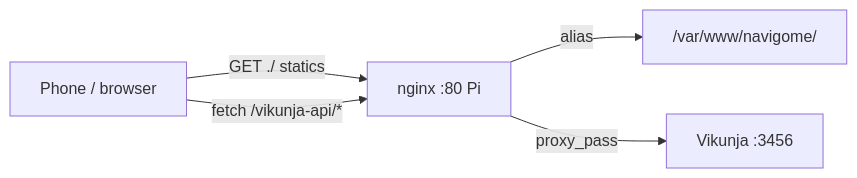
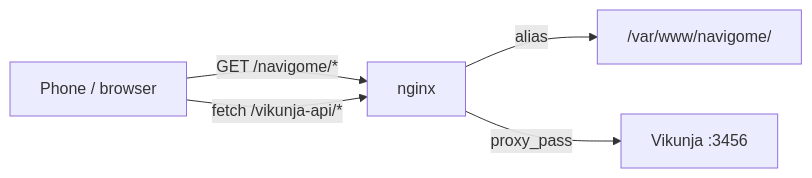
One commit to peeyushsrj/navigome changed the diagram in README.md. Above: the diagram before and after it, drawn with Mermaid. The commit also changed other lines of this file, not shown here.

Commit message:
docs: public-facing readme (states, deploy, architecture, behaviour)

````diff
--- a/README.md
+++ b/README.md
@@ -37,7 +71,7 @@
 ```mermaid
 flowchart LR
-    B[Phone / browser] -->|GET ./ statics| N[nginx :80 Pi]
+    B[Phone / browser] -->|GET /navigome/*| N[nginx]
     B -->|fetch /vikunja-api/*| N
     N -->|alias| S["/var/www/navigome/"]
     N -->|proxy_pass| V[Vikunja :3456]
 ```
````
